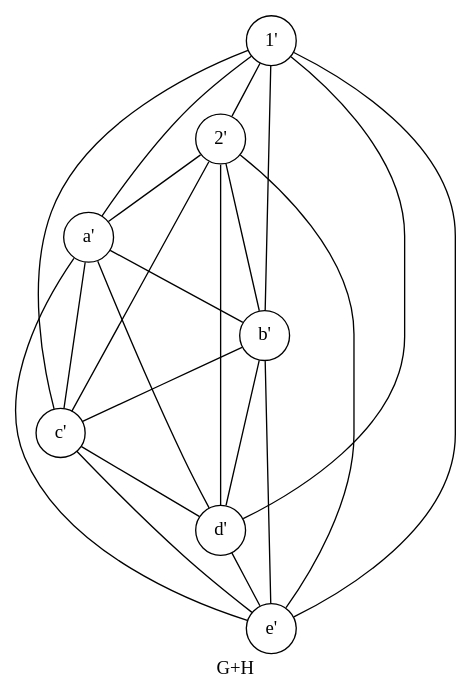
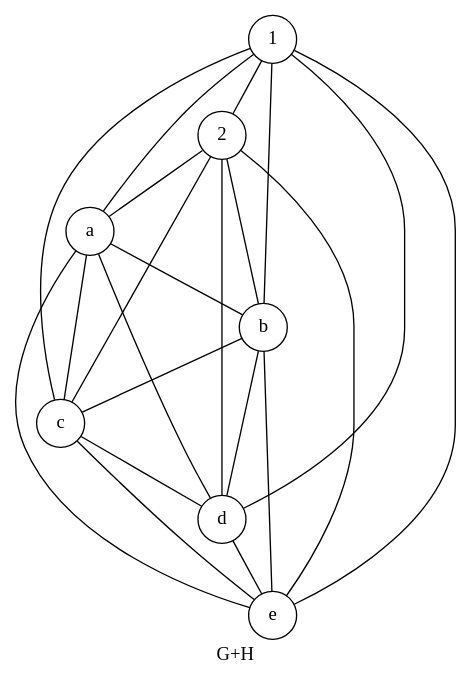
One commit to h4tguy/gt-hons changed the diagram in tut1/115/115aGH.dot. Above: the diagram before and after it, drawn with Graphviz. The commit also changed 15 other files, not shown here.

Commit message:
more consistent graph labelling

```diff
--- a/tut1/115/115aGH.dot
+++ b/tut1/115/115aGH.dot
@@ -1,29 +1,29 @@
 graph GH {
     edge [len=5]
     node [shape=circle]
     label="G+H"
 
-    "a'" -- "b'"
-    "a'" -- "c'"
-    "a'" -- "d'"
-    "a'" -- "e'"
-    "b'" -- "c'"
-    "b'" -- "d'"
-    "b'" -- "e'"
-    "c'" -- "d'"
-    "c'" -- "e'"
-    "d'" -- "e'"
+    "a" -- "b"
+    "a" -- "c"
+    "a" -- "d"
+    "a" -- "e"
+    "b" -- "c"
+    "b" -- "d"
+    "b" -- "e"
+    "c" -- "d"
+    "c" -- "e"
+    "d" -- "e"
 
     Edge [len=2] [weight=.5]
-    "1'" -- "a'"
-    "1'" -- "b'"
-    "1'" -- "c'"
-    "1'" -- "d'"
-    "1'" -- "e'"
-    "2'" -- "a'"
-    "2'" -- "b'"
-    "2'" -- "c'"
-    "2'" -- "d'"
-    "2'" -- "e'"
-    "1'" -- "2'" [weight=1]
+    "1" -- "a"
+    "1" -- "b"
+    "1" -- "c"
+    "1" -- "d"
+    "1" -- "e"
+    "2" -- "a"
+    "2" -- "b"
+    "2" -- "c"
+    "2" -- "d"
+    "2" -- "e"
+    "1" -- "2" [weight=1]
 }
```
